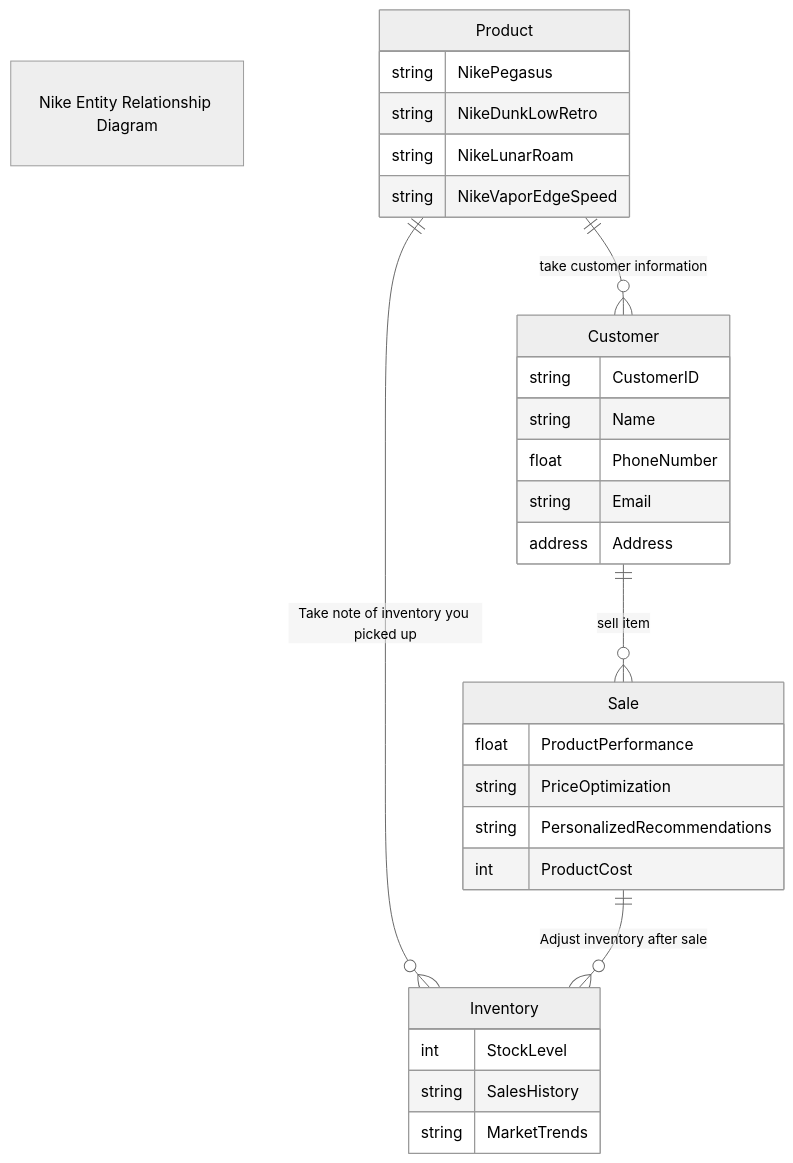
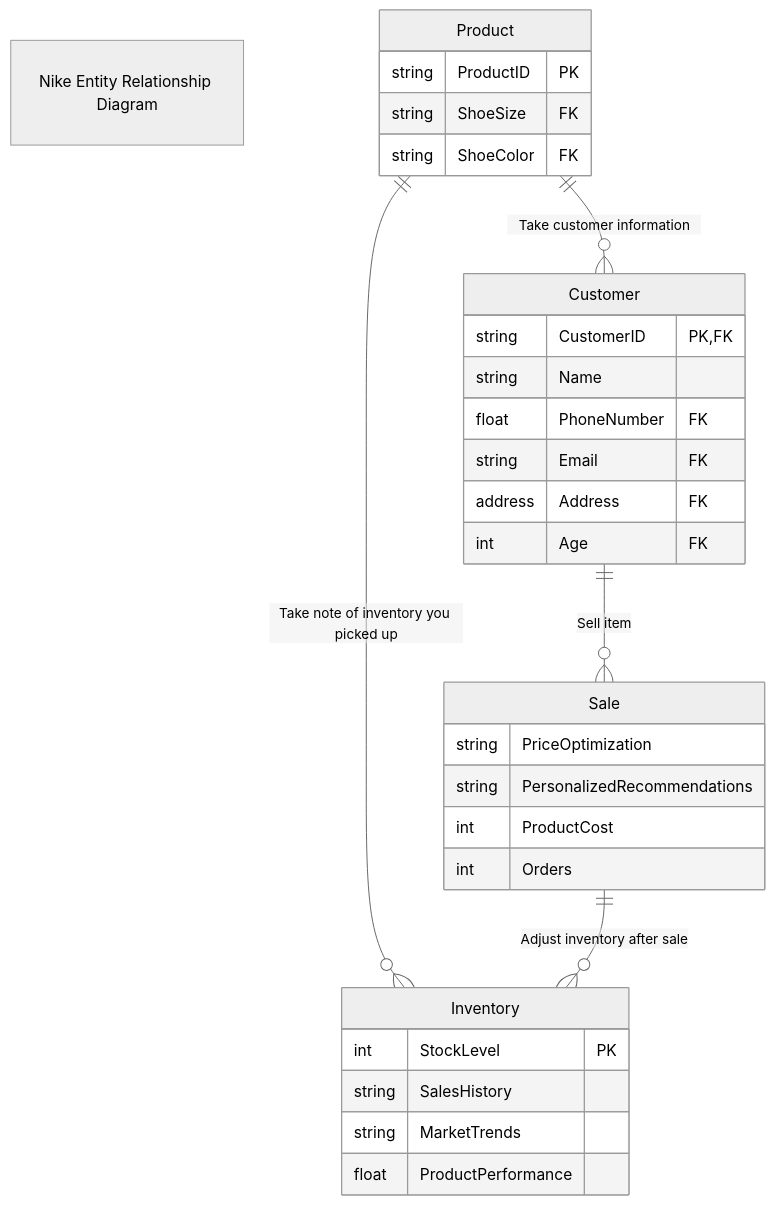
One commit to JordanDuncan5/Nike-Store-ERD changed the diagram in NikeStore_ERD.md. Above: the diagram before and after it, drawn with Mermaid (neutral theme).

Commit message:
Update NikeStore_ERD.md
Added primary and foreign keys

````diff
--- a/NikeStore_ERD.md
+++ b/NikeStore_ERD.md
@@ -1,39 +1,40 @@
 ```mermaid
 
 erDiagram
 
 "Nike Entity Relationship Diagram"
 
-    Product ||--o{ Customer :"take customer information"
+    Product ||--o{ Customer :"Take customer information"
     Product ||--o{ Inventory :"Take note of inventory you picked up"
     Product{
-        string NikePegasus
-        string NikeDunkLowRetro
-        string NikeLunarRoam
-        string NikeVaporEdgeSpeed
+        string ProductID PK
+        string ShoeSize FK
+        string ShoeColor FK
     }
     
-    Customer ||--o{ Sale :"sell item"
+    Customer ||--o{ Sale :"Sell item"
     Customer{
-        string CustomerID
+        string CustomerID PK, FK
         string Name
-        float PhoneNumber
-        string Email
-        address Address
+        float PhoneNumber FK
+        string Email FK
+        address Address FK
+        int Age FK
     }
     
     Sale ||--o{ Inventory :"Adjust inventory after sale"
     Sale{
-        float ProductPerformance
         string PriceOptimization
         string PersonalizedRecommendations
         int ProductCost
+        int Orders
     }
     
     Inventory{
-        int StockLevel
-        string SalesHistory
+        int StockLevel PK
+        string SalesHistory 
         string MarketTrends
+        float ProductPerformance
     }
 
 ```
````
